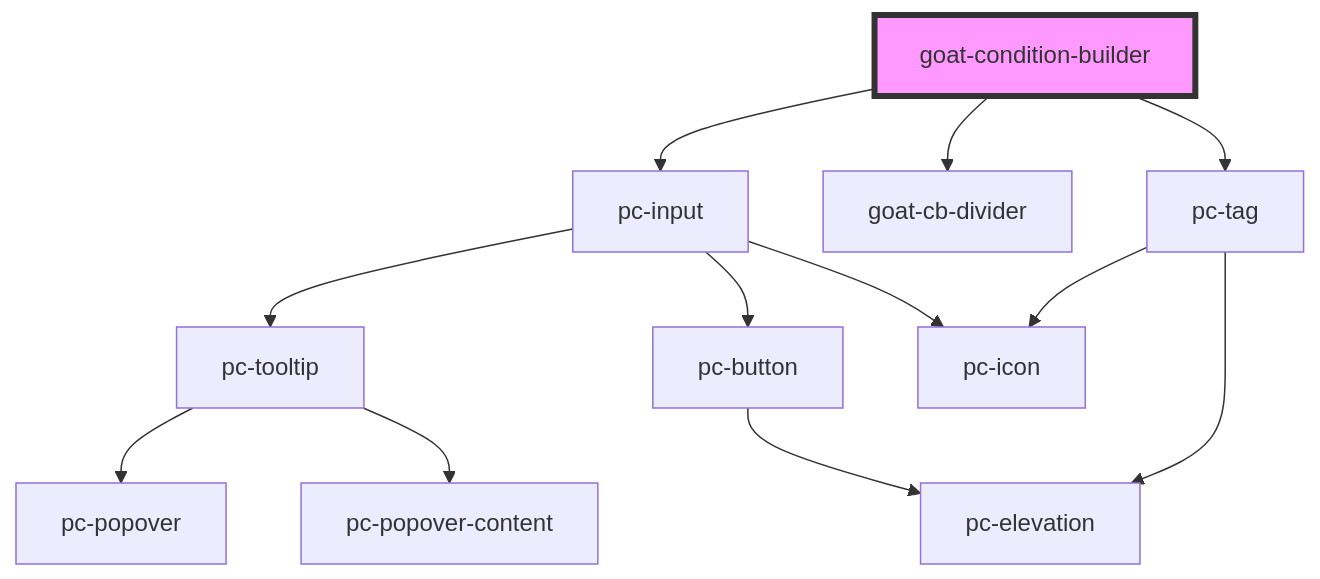
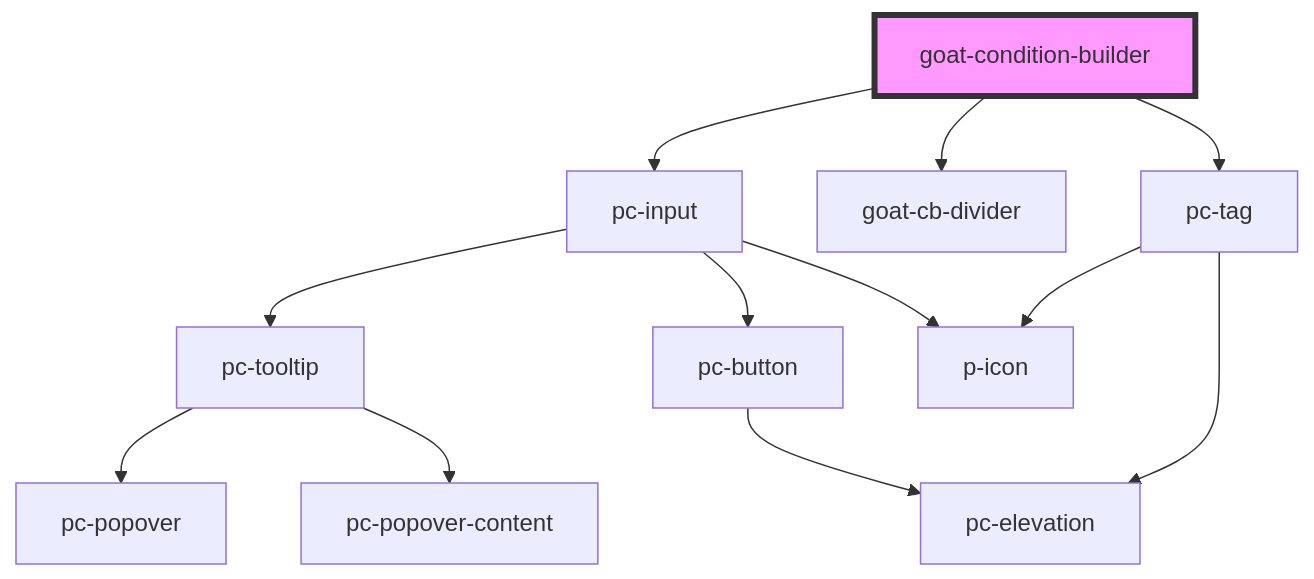
The diagram in src/components/application/condition-builder/condition-builder/readme.md (redvars/peacock), drawn with Mermaid before and after one commit. The commit also changed other lines of this file and 94 other files, not shown here.

````diff
--- a/src/components/application/condition-builder/condition-builder/readme.md
+++ b/src/components/application/condition-builder/condition-builder/readme.md
@@ -24,15 +24,15 @@
 ```mermaid
 graph TD;
   goat-condition-builder --> pc-input
   goat-condition-builder --> goat-cb-divider
   goat-condition-builder --> pc-tag
   pc-input --> pc-tooltip
   pc-input --> pc-button
-  pc-input --> pc-icon
+  pc-input --> p-icon
   pc-tooltip --> pc-popover
   pc-tooltip --> pc-popover-content
   pc-button --> pc-elevation
-  pc-tag --> pc-icon
+  pc-tag --> p-icon
   pc-tag --> pc-elevation
   style goat-condition-builder fill:#f9f,stroke:#333,stroke-width:4px
 ```
````
